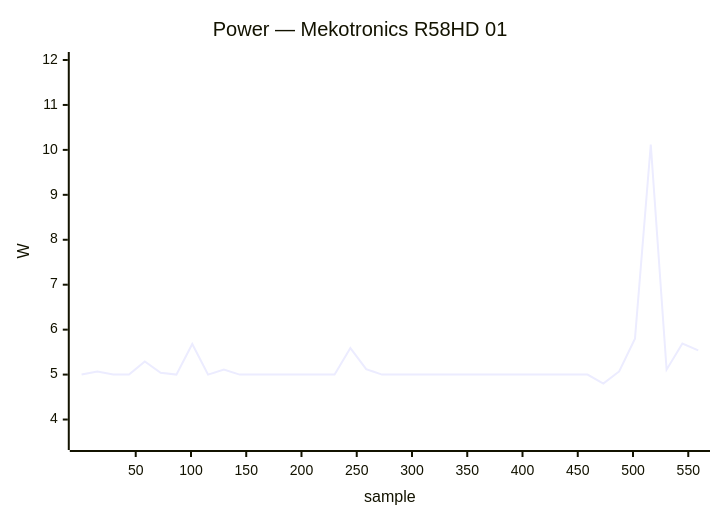
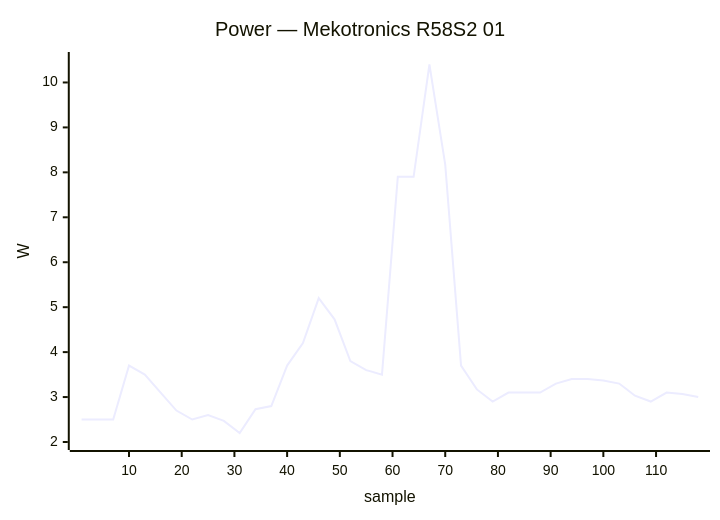
Before and after one commit to armbian/documentation: diagram 15 of 34 in docs/status/board-tests.md, drawn with Mermaid. The commit also changed other lines of this file, not shown here.

````diff
--- a/docs/status/board-tests.md
+++ b/docs/status/board-tests.md
@@ -795,7 +831,7 @@
 ```mermaid
 xychart-beta
-    title "Power — Mekotronics R58HD 01"
-    x-axis "sample" 1 --> 559
-    y-axis "W" 3.5 --> 12.0
-    line [5.00, 5.07, 5.00, 5.00, 5.29, 5.04, 5.00, 5.68, 5.00, 5.11, 5.00, 5.00, 5.00, 5.00, 5.00, 5.00, 5.00, 5.59, 5.12, 5.00, 5.00, 5.00, 5.00, 5.00, 5.00, 5.00, 5.00, 5.00, 5.00, 5.00, 5.00, 5.00, 5.00, 4.80, 5.07, 5.80, 10.12, 5.11, 5.69, 5.54]
+    title "Power — Mekotronics R58S2 01"
+    x-axis "sample" 1 --> 118
+    y-axis "W" 2.0 --> 10.5
+    line [2.50, 2.50, 2.50, 3.70, 3.50, 3.10, 2.70, 2.50, 2.60, 2.47, 2.20, 2.73, 2.80, 3.70, 4.20, 5.20, 4.73, 3.80, 3.60, 3.50, 7.90, 7.90, 10.40, 8.17, 3.70, 3.17, 2.90, 3.10, 3.10, 3.10, 3.30, 3.40, 3.40, 3.37, 3.30, 3.03, 2.90, 3.10, 3.07, 3.00]
 ```
````
